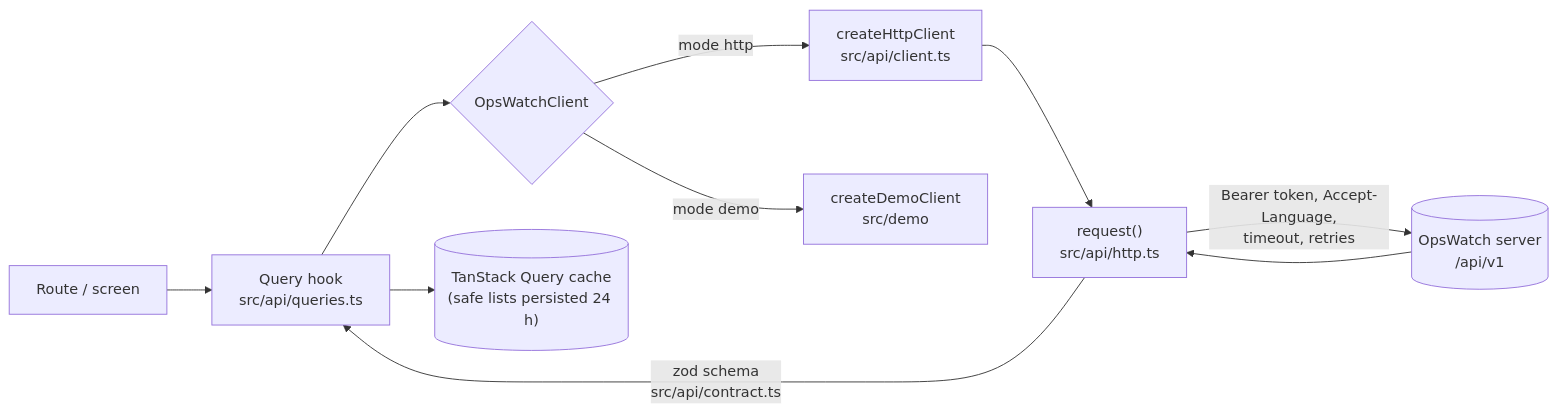
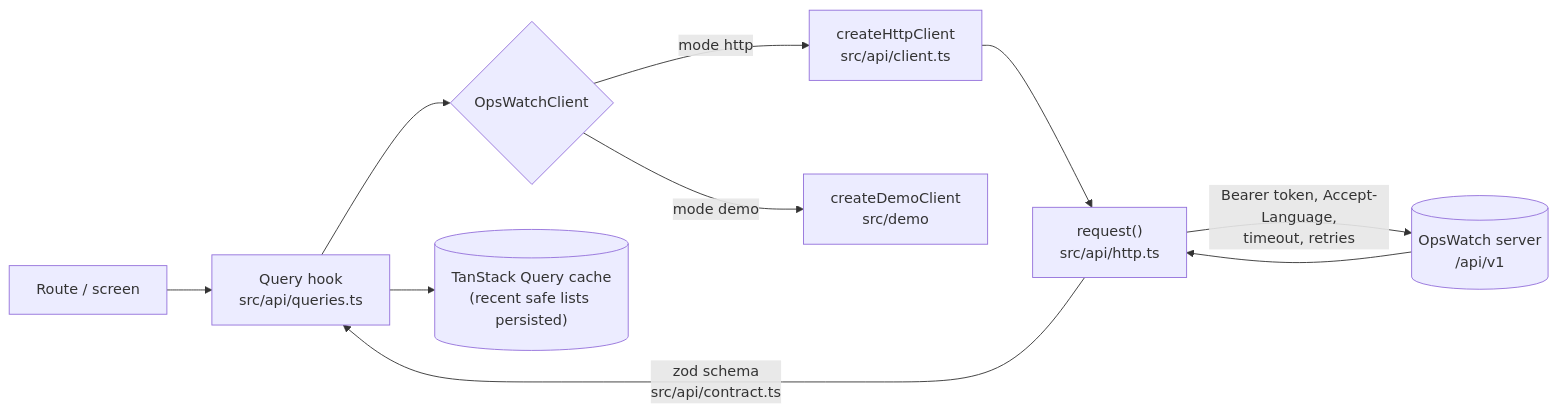
Before and after one commit to NethanelFitoussi/OpsWatch: the diagram in docs/mobile/architecture.md, drawn with Mermaid. The commit also changed other lines of this file and 15 other files, not shown here.

````diff
--- a/docs/mobile/architecture.md
+++ b/docs/mobile/architecture.md
@@ -30,12 +35,12 @@
 ```mermaid
 flowchart LR
   Screen["Route / screen"] --> Hook["Query hook<br/>src/api/queries.ts"]
   Hook --> Client{"OpsWatchClient"}
   Client -->|mode http| Http["createHttpClient<br/>src/api/client.ts"]
   Client -->|mode demo| Demo["createDemoClient<br/>src/demo"]
   Http --> Request["request()<br/>src/api/http.ts"]
   Request -->|"Bearer token, Accept-Language,<br/>timeout, retries"| Server[("OpsWatch server<br/>/api/v1")]
   Server --> Request
   Request -->|"zod schema<br/>src/api/contract.ts"| Hook
-  Hook --> Cache[("TanStack Query cache<br/>(safe lists persisted 24 h)")]
+  Hook --> Cache[("TanStack Query cache<br/>(recent safe lists persisted)")]
 ```
````
